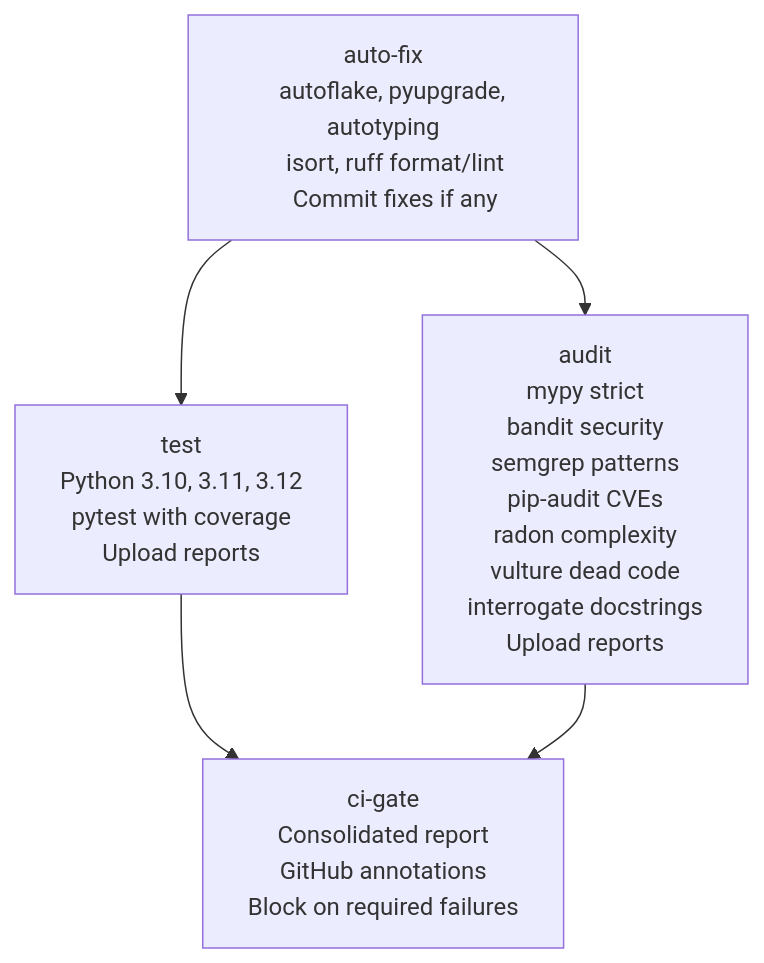
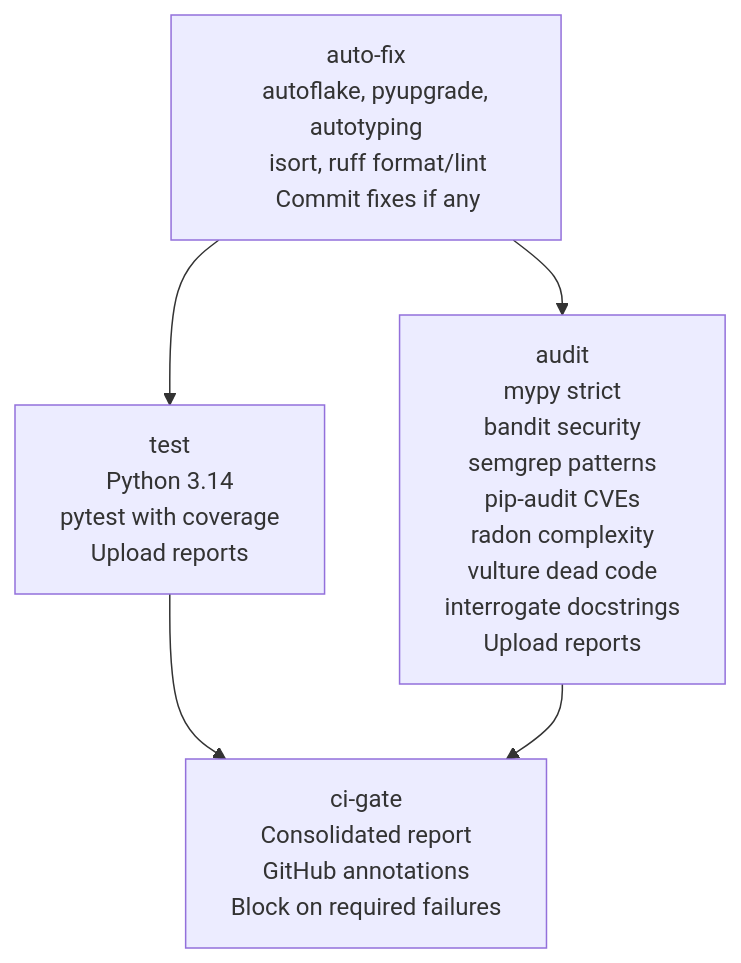
Before and after one commit to rotarurazvan07/bet-assistant: the third of 3 diagrams in docs/infrastructure.md, drawn with Mermaid. The commit also changed other lines of this file and 57 other files, not shown here.

````diff
--- a/docs/infrastructure.md
+++ b/docs/infrastructure.md
@@ -327,29 +327,29 @@
 ```mermaid
 graph TD
     AF[auto-fix
     autoflake, pyupgrade, autotyping
     isort, ruff format/lint
     Commit fixes if any]
     TE[test
-    Python 3.10, 3.11, 3.12
+    Python 3.14
     pytest with coverage
     Upload reports]
     AU[audit
     mypy strict
     bandit security
     semgrep patterns
     pip-audit CVEs
     radon complexity
     vulture dead code
     interrogate docstrings
     Upload reports]
     GT[ci-gate
     Consolidated report
     GitHub annotations
     Block on required failures]
     
     AF --> TE
     AF --> AU
     TE --> GT
     AU --> GT
 ```
````
